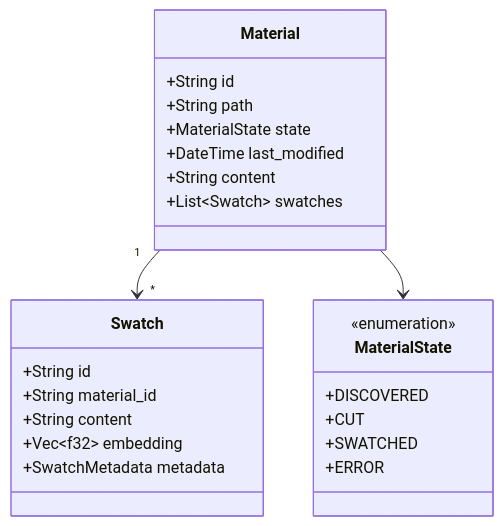
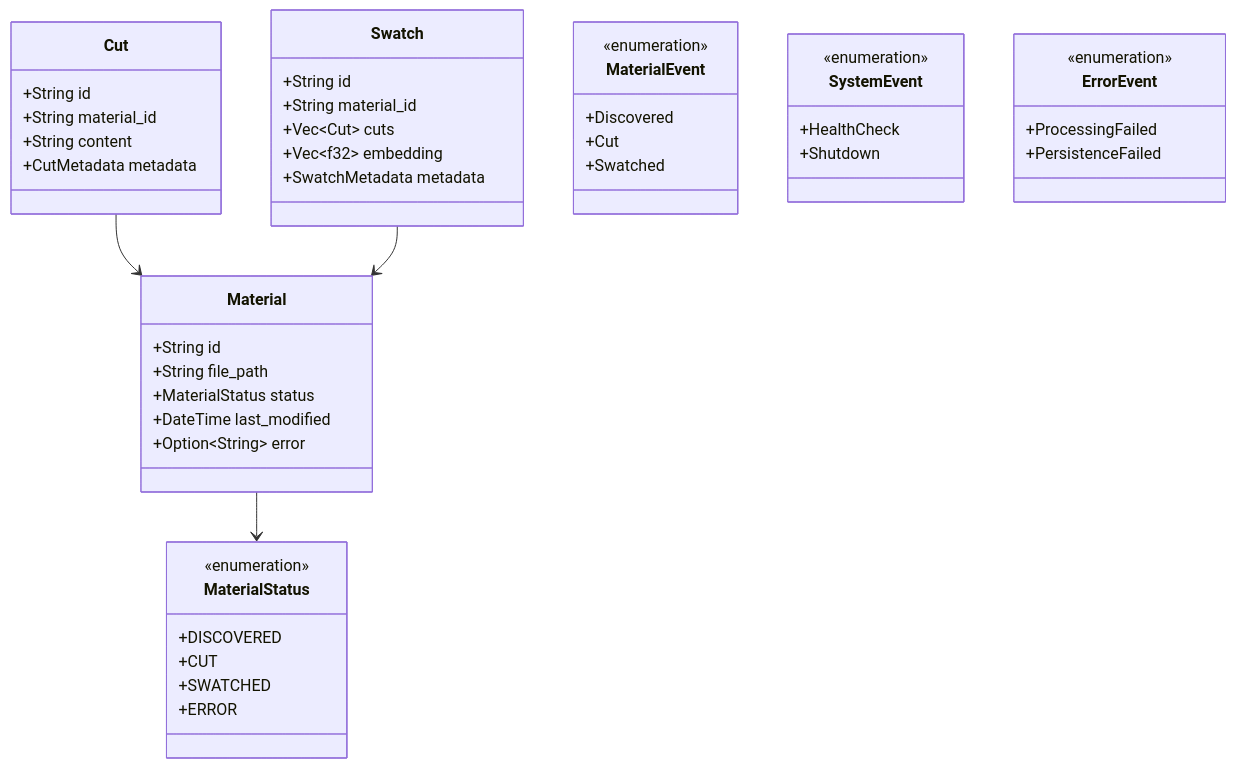
One commit to pandallel/quilt changed the third of 3 diagrams in memory-bank/systemPatterns.md. Above: the diagram before and after it, drawn with Mermaid. The commit also changed other lines of this file and 5 other files, not shown here.

First line of the commit message:
Refactor architecture to implement event-driven model

````diff
--- a/memory-bank/systemPatterns.md
+++ b/memory-bank/systemPatterns.md
@@ -76,30 +97,56 @@
 ```mermaid
 classDiagram
     class Material {
         +String id
-        +String path
-        +MaterialState state
+        +String file_path
+        +MaterialStatus status
         +DateTime last_modified
+        +Option~String~ error
+    }
+
+    class Cut {
+        +String id
+        +String material_id
         +String content
-        +List~Swatch~ swatches
+        +CutMetadata metadata
     }
 
     class Swatch {
         +String id
         +String material_id
-        +String content
+        +Vec~Cut~ cuts
         +Vec~f32~ embedding
         +SwatchMetadata metadata
     }
 
-    class MaterialState {
+    class MaterialStatus {
         <<enumeration>>
         +DISCOVERED
         +CUT
         +SWATCHED
         +ERROR
     }
 
-    Material "1" --> "*" Swatch
-    Material --> MaterialState
+    class MaterialEvent {
+        <<enumeration>>
+        +Discovered
+        +Cut
+        +Swatched
+    }
+
+    class SystemEvent {
+        <<enumeration>>
+        +HealthCheck
+        +Shutdown
+    }
+
+    class ErrorEvent {
+        <<enumeration>>
+        +ProcessingFailed
+        +PersistenceFailed
+    }
+
+    Material --> MaterialStatus
+    Cut --> Material
+    Swatch --> Material
 ```
````
